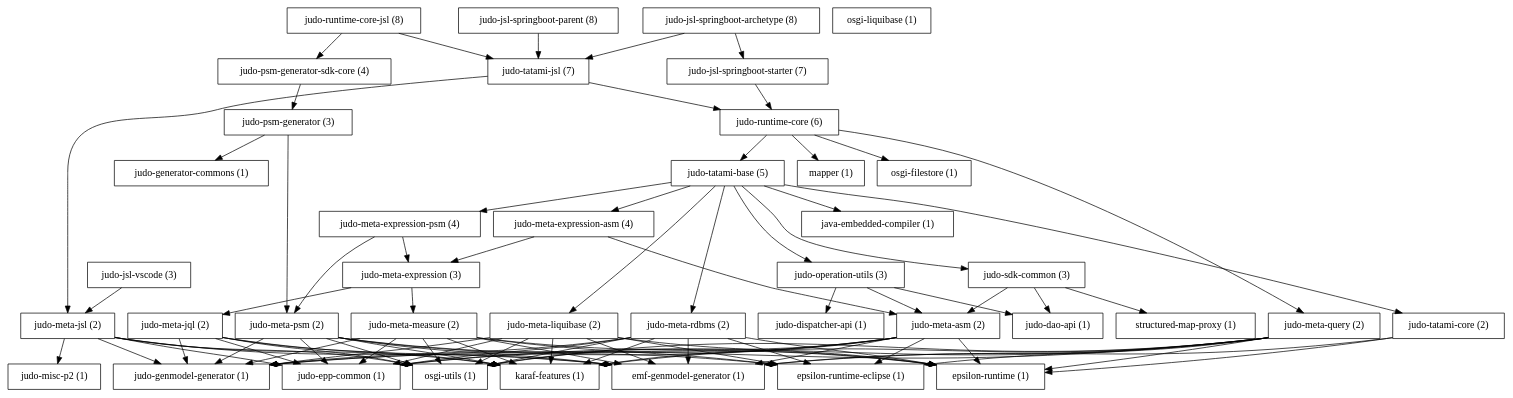
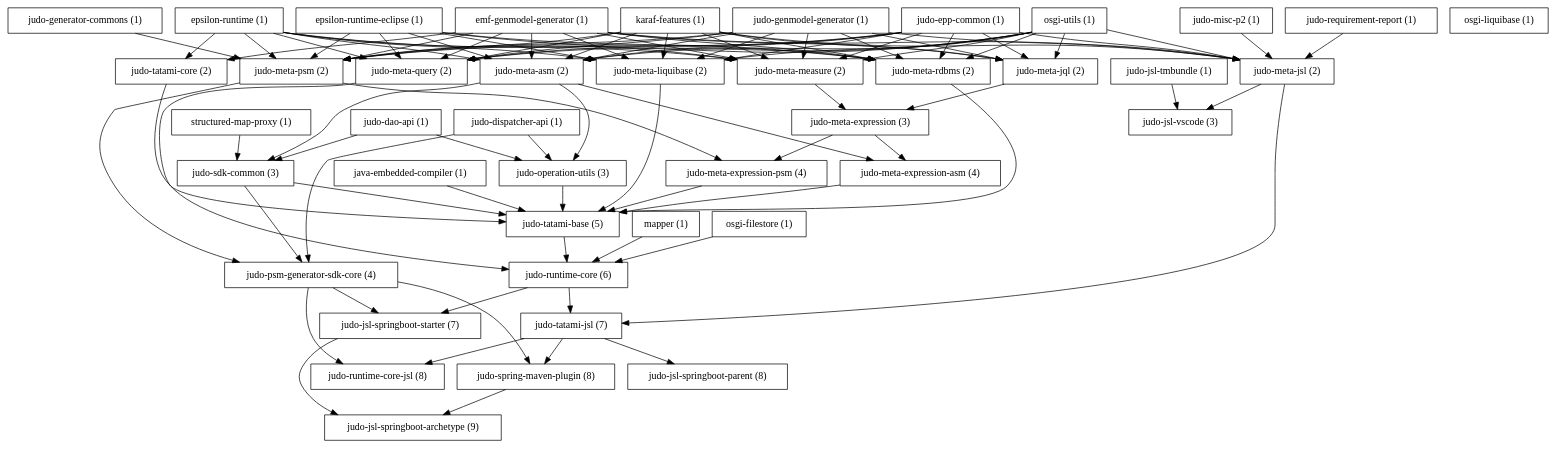
The diagram in dependency.dot (BlackBeltTechnology/judo-community), drawn with Graphviz before and after one commit. The commit also changed 3 other files, not shown here.

```diff
--- a/dependency.dot
+++ b/dependency.dot
@@ -1,133 +1,141 @@
 strict digraph  {
 "epsilon-runtime (1)" [label="epsilon-runtime (1)", shape=box];
 "epsilon-runtime-eclipse (1)" [label="epsilon-runtime-eclipse (1)", shape=box];
 "emf-genmodel-generator (1)" [label="emf-genmodel-generator (1)", shape=box];
 "judo-genmodel-generator (1)" [label="judo-genmodel-generator (1)", shape=box];
 "judo-epp-common (1)" [label="judo-epp-common (1)", shape=box];
 "osgi-utils (1)" [label="osgi-utils (1)", shape=box];
 "java-embedded-compiler (1)" [label="java-embedded-compiler (1)", shape=box];
 "structured-map-proxy (1)" [label="structured-map-proxy (1)", shape=box];
 "karaf-features (1)" [label="karaf-features (1)", shape=box];
 "mapper (1)" [label="mapper (1)", shape=box];
 "osgi-liquibase (1)" [label="osgi-liquibase (1)", shape=box];
 "osgi-filestore (1)" [label="osgi-filestore (1)", shape=box];
 "judo-misc-p2 (1)" [label="judo-misc-p2 (1)", shape=box];
 "judo-dao-api (1)" [label="judo-dao-api (1)", shape=box];
 "judo-dispatcher-api (1)" [label="judo-dispatcher-api (1)", shape=box];
 "judo-jsl-vscode (3)" [label="judo-jsl-vscode (3)", shape=box];
 "judo-meta-asm (2)" [label="judo-meta-asm (2)", shape=box];
 "judo-meta-expression (3)" [label="judo-meta-expression (3)", shape=box];
 "judo-meta-expression-asm (4)" [label="judo-meta-expression-asm (4)", shape=box];
 "judo-meta-expression-psm (4)" [label="judo-meta-expression-psm (4)", shape=box];
 "judo-meta-jql (2)" [label="judo-meta-jql (2)", shape=box];
 "judo-meta-jsl (2)" [label="judo-meta-jsl (2)", shape=box];
 "judo-meta-liquibase (2)" [label="judo-meta-liquibase (2)", shape=box];
 "judo-meta-measure (2)" [label="judo-meta-measure (2)", shape=box];
 "judo-meta-psm (2)" [label="judo-meta-psm (2)", shape=box];
 "judo-meta-query (2)" [label="judo-meta-query (2)", shape=box];
 "judo-meta-rdbms (2)" [label="judo-meta-rdbms (2)", shape=box];
 "judo-operation-utils (3)" [label="judo-operation-utils (3)", shape=box];
 "judo-runtime-core (6)" [label="judo-runtime-core (6)", shape=box];
 "judo-runtime-core-jsl (8)" [label="judo-runtime-core-jsl (8)", shape=box];
 "judo-sdk-common (3)" [label="judo-sdk-common (3)", shape=box];
 "judo-tatami-base (5)" [label="judo-tatami-base (5)", shape=box];
 "judo-tatami-core (2)" [label="judo-tatami-core (2)", shape=box];
 "judo-tatami-jsl (7)" [label="judo-tatami-jsl (7)", shape=box];
 "judo-jsl-springboot-parent (8)" [label="judo-jsl-springboot-parent (8)", shape=box];
 "judo-jsl-springboot-starter (7)" [label="judo-jsl-springboot-starter (7)", shape=box];
-"judo-jsl-springboot-archetype (8)" [label="judo-jsl-springboot-archetype (8)", shape=box];
-"judo-psm-generator (3)" [label="judo-psm-generator (3)", shape=box];
+"judo-jsl-springboot-archetype (9)" [label="judo-jsl-springboot-archetype (9)", shape=box];
 "judo-psm-generator-sdk-core (4)" [label="judo-psm-generator-sdk-core (4)", shape=box];
 "judo-generator-commons (1)" [label="judo-generator-commons (1)", shape=box];
-"judo-jsl-vscode (3)" -> "judo-meta-jsl (2)";
-"judo-meta-asm (2)" -> "emf-genmodel-generator (1)";
-"judo-meta-asm (2)" -> "karaf-features (1)";
-"judo-meta-asm (2)" -> "epsilon-runtime-eclipse (1)";
-"judo-meta-asm (2)" -> "osgi-utils (1)";
-"judo-meta-asm (2)" -> "epsilon-runtime (1)";
-"judo-meta-asm (2)" -> "judo-genmodel-generator (1)";
-"judo-meta-asm (2)" -> "judo-epp-common (1)";
-"judo-meta-expression (3)" -> "judo-meta-jql (2)";
-"judo-meta-expression (3)" -> "judo-meta-measure (2)";
-"judo-meta-expression-asm (4)" -> "judo-meta-asm (2)";
-"judo-meta-expression-asm (4)" -> "judo-meta-expression (3)";
-"judo-meta-expression-psm (4)" -> "judo-meta-psm (2)";
-"judo-meta-expression-psm (4)" -> "judo-meta-expression (3)";
-"judo-meta-jql (2)" -> "emf-genmodel-generator (1)";
-"judo-meta-jql (2)" -> "karaf-features (1)";
-"judo-meta-jql (2)" -> "osgi-utils (1)";
-"judo-meta-jql (2)" -> "judo-genmodel-generator (1)";
-"judo-meta-jql (2)" -> "judo-epp-common (1)";
-"judo-meta-jsl (2)" -> "emf-genmodel-generator (1)";
-"judo-meta-jsl (2)" -> "karaf-features (1)";
-"judo-meta-jsl (2)" -> "osgi-utils (1)";
-"judo-meta-jsl (2)" -> "judo-genmodel-generator (1)";
-"judo-meta-jsl (2)" -> "judo-epp-common (1)";
-"judo-meta-jsl (2)" -> "judo-misc-p2 (1)";
-"judo-meta-liquibase (2)" -> "emf-genmodel-generator (1)";
-"judo-meta-liquibase (2)" -> "karaf-features (1)";
-"judo-meta-liquibase (2)" -> "epsilon-runtime-eclipse (1)";
-"judo-meta-liquibase (2)" -> "osgi-utils (1)";
-"judo-meta-liquibase (2)" -> "epsilon-runtime (1)";
-"judo-meta-liquibase (2)" -> "judo-genmodel-generator (1)";
-"judo-meta-liquibase (2)" -> "judo-epp-common (1)";
-"judo-meta-measure (2)" -> "emf-genmodel-generator (1)";
-"judo-meta-measure (2)" -> "karaf-features (1)";
-"judo-meta-measure (2)" -> "epsilon-runtime-eclipse (1)";
-"judo-meta-measure (2)" -> "osgi-utils (1)";
-"judo-meta-measure (2)" -> "epsilon-runtime (1)";
-"judo-meta-measure (2)" -> "judo-genmodel-generator (1)";
-"judo-meta-measure (2)" -> "judo-epp-common (1)";
-"judo-meta-psm (2)" -> "emf-genmodel-generator (1)";
-"judo-meta-psm (2)" -> "karaf-features (1)";
-"judo-meta-psm (2)" -> "epsilon-runtime-eclipse (1)";
-"judo-meta-psm (2)" -> "osgi-utils (1)";
-"judo-meta-psm (2)" -> "epsilon-runtime (1)";
-"judo-meta-psm (2)" -> "judo-genmodel-generator (1)";
-"judo-meta-psm (2)" -> "judo-epp-common (1)";
-"judo-meta-query (2)" -> "emf-genmodel-generator (1)";
-"judo-meta-query (2)" -> "karaf-features (1)";
-"judo-meta-query (2)" -> "epsilon-runtime-eclipse (1)";
-"judo-meta-query (2)" -> "osgi-utils (1)";
-"judo-meta-query (2)" -> "epsilon-runtime (1)";
-"judo-meta-query (2)" -> "judo-genmodel-generator (1)";
-"judo-meta-query (2)" -> "judo-epp-common (1)";
-"judo-meta-rdbms (2)" -> "emf-genmodel-generator (1)";
-"judo-meta-rdbms (2)" -> "karaf-features (1)";
-"judo-meta-rdbms (2)" -> "epsilon-runtime-eclipse (1)";
-"judo-meta-rdbms (2)" -> "osgi-utils (1)";
-"judo-meta-rdbms (2)" -> "epsilon-runtime (1)";
-"judo-meta-rdbms (2)" -> "judo-genmodel-generator (1)";
-"judo-meta-rdbms (2)" -> "judo-epp-common (1)";
-"judo-operation-utils (3)" -> "judo-meta-asm (2)";
-"judo-operation-utils (3)" -> "judo-dispatcher-api (1)";
-"judo-operation-utils (3)" -> "judo-dao-api (1)";
-"judo-runtime-core (6)" -> "judo-meta-query (2)";
-"judo-runtime-core (6)" -> "judo-tatami-base (5)";
-"judo-runtime-core (6)" -> "mapper (1)";
-"judo-runtime-core (6)" -> "osgi-filestore (1)";
-"judo-runtime-core-jsl (8)" -> "judo-psm-generator-sdk-core (4)";
-"judo-runtime-core-jsl (8)" -> "judo-tatami-jsl (7)";
-"judo-sdk-common (3)" -> "structured-map-proxy (1)";
-"judo-sdk-common (3)" -> "judo-meta-asm (2)";
-"judo-sdk-common (3)" -> "judo-dao-api (1)";
-"judo-tatami-base (5)" -> "judo-meta-expression-asm (4)";
-"judo-tatami-base (5)" -> "judo-meta-expression-psm (4)";
-"judo-tatami-base (5)" -> "judo-meta-liquibase (2)";
-"judo-tatami-base (5)" -> "judo-meta-rdbms (2)";
-"judo-tatami-base (5)" -> "judo-operation-utils (3)";
-"judo-tatami-base (5)" -> "java-embedded-compiler (1)";
-"judo-tatami-base (5)" -> "judo-sdk-common (3)";
-"judo-tatami-base (5)" -> "judo-tatami-core (2)";
-"judo-tatami-core (2)" -> "emf-genmodel-generator (1)";
-"judo-tatami-core (2)" -> "epsilon-runtime (1)";
-"judo-tatami-jsl (7)" -> "judo-meta-jsl (2)";
-"judo-tatami-jsl (7)" -> "judo-runtime-core (6)";
-"judo-jsl-springboot-parent (8)" -> "judo-tatami-jsl (7)";
-"judo-jsl-springboot-starter (7)" -> "judo-runtime-core (6)";
-"judo-jsl-springboot-archetype (8)" -> "judo-tatami-jsl (7)";
-"judo-jsl-springboot-archetype (8)" -> "judo-jsl-springboot-starter (7)";
-"judo-psm-generator (3)" -> "judo-generator-commons (1)";
-"judo-psm-generator (3)" -> "judo-meta-psm (2)";
-"judo-psm-generator-sdk-core (4)" -> "judo-psm-generator (3)";
+"judo-jsl-tmbundle (1)" [label="judo-jsl-tmbundle (1)", shape=box];
+"judo-requirement-report (1)" [label="judo-requirement-report (1)", shape=box];
+"judo-spring-maven-plugin (8)" [label="judo-spring-maven-plugin (8)", shape=box];
+"epsilon-runtime (1)" -> "judo-meta-measure (2)";
+"epsilon-runtime (1)" -> "judo-meta-psm (2)";
+"epsilon-runtime (1)" -> "judo-meta-query (2)";
+"epsilon-runtime (1)" -> "judo-meta-asm (2)";
+"epsilon-runtime (1)" -> "judo-meta-rdbms (2)";
+"epsilon-runtime (1)" -> "judo-meta-liquibase (2)";
+"epsilon-runtime (1)" -> "judo-tatami-core (2)";
+"epsilon-runtime-eclipse (1)" -> "judo-meta-measure (2)";
+"epsilon-runtime-eclipse (1)" -> "judo-meta-psm (2)";
+"epsilon-runtime-eclipse (1)" -> "judo-meta-query (2)";
+"epsilon-runtime-eclipse (1)" -> "judo-meta-asm (2)";
+"epsilon-runtime-eclipse (1)" -> "judo-meta-rdbms (2)";
+"epsilon-runtime-eclipse (1)" -> "judo-meta-liquibase (2)";
+"emf-genmodel-generator (1)" -> "judo-meta-jsl (2)";
+"emf-genmodel-generator (1)" -> "judo-meta-measure (2)";
+"emf-genmodel-generator (1)" -> "judo-meta-psm (2)";
+"emf-genmodel-generator (1)" -> "judo-meta-query (2)";
+"emf-genmodel-generator (1)" -> "judo-meta-asm (2)";
+"emf-genmodel-generator (1)" -> "judo-meta-rdbms (2)";
+"emf-genmodel-generator (1)" -> "judo-meta-jql (2)";
+"emf-genmodel-generator (1)" -> "judo-meta-liquibase (2)";
+"emf-genmodel-generator (1)" -> "judo-tatami-core (2)";
+"judo-genmodel-generator (1)" -> "judo-meta-jsl (2)";
+"judo-genmodel-generator (1)" -> "judo-meta-measure (2)";
+"judo-genmodel-generator (1)" -> "judo-meta-psm (2)";
+"judo-genmodel-generator (1)" -> "judo-meta-query (2)";
+"judo-genmodel-generator (1)" -> "judo-meta-asm (2)";
+"judo-genmodel-generator (1)" -> "judo-meta-rdbms (2)";
+"judo-genmodel-generator (1)" -> "judo-meta-jql (2)";
+"judo-genmodel-generator (1)" -> "judo-meta-liquibase (2)";
+"judo-epp-common (1)" -> "judo-meta-jsl (2)";
+"judo-epp-common (1)" -> "judo-meta-measure (2)";
+"judo-epp-common (1)" -> "judo-meta-psm (2)";
+"judo-epp-common (1)" -> "judo-meta-query (2)";
+"judo-epp-common (1)" -> "judo-meta-asm (2)";
+"judo-epp-common (1)" -> "judo-meta-rdbms (2)";
+"judo-epp-common (1)" -> "judo-meta-jql (2)";
+"judo-epp-common (1)" -> "judo-meta-liquibase (2)";
+"osgi-utils (1)" -> "judo-meta-jsl (2)";
+"osgi-utils (1)" -> "judo-meta-measure (2)";
+"osgi-utils (1)" -> "judo-meta-psm (2)";
+"osgi-utils (1)" -> "judo-meta-query (2)";
+"osgi-utils (1)" -> "judo-meta-asm (2)";
+"osgi-utils (1)" -> "judo-meta-rdbms (2)";
+"osgi-utils (1)" -> "judo-meta-jql (2)";
+"osgi-utils (1)" -> "judo-meta-liquibase (2)";
+"java-embedded-compiler (1)" -> "judo-tatami-base (5)";
+"structured-map-proxy (1)" -> "judo-sdk-common (3)";
+"karaf-features (1)" -> "judo-meta-jsl (2)";
+"karaf-features (1)" -> "judo-meta-measure (2)";
+"karaf-features (1)" -> "judo-meta-psm (2)";
+"karaf-features (1)" -> "judo-meta-query (2)";
+"karaf-features (1)" -> "judo-meta-asm (2)";
+"karaf-features (1)" -> "judo-meta-rdbms (2)";
+"karaf-features (1)" -> "judo-meta-jql (2)";
+"karaf-features (1)" -> "judo-meta-liquibase (2)";
+"mapper (1)" -> "judo-runtime-core (6)";
+"osgi-filestore (1)" -> "judo-runtime-core (6)";
+"judo-misc-p2 (1)" -> "judo-meta-jsl (2)";
+"judo-dao-api (1)" -> "judo-sdk-common (3)";
+"judo-dao-api (1)" -> "judo-operation-utils (3)";
+"judo-dispatcher-api (1)" -> "judo-operation-utils (3)";
+"judo-dispatcher-api (1)" -> "judo-psm-generator-sdk-core (4)";
+"judo-meta-asm (2)" -> "judo-meta-expression-asm (4)";
+"judo-meta-asm (2)" -> "judo-sdk-common (3)";
+"judo-meta-asm (2)" -> "judo-operation-utils (3)";
+"judo-meta-expression (3)" -> "judo-meta-expression-asm (4)";
+"judo-meta-expression (3)" -> "judo-meta-expression-psm (4)";
+"judo-meta-expression-asm (4)" -> "judo-tatami-base (5)";
+"judo-meta-expression-psm (4)" -> "judo-tatami-base (5)";
+"judo-meta-jql (2)" -> "judo-meta-expression (3)";
+"judo-meta-jsl (2)" -> "judo-jsl-vscode (3)";
+"judo-meta-jsl (2)" -> "judo-tatami-jsl (7)";
+"judo-meta-liquibase (2)" -> "judo-tatami-base (5)";
+"judo-meta-measure (2)" -> "judo-meta-expression (3)";
+"judo-meta-psm (2)" -> "judo-meta-expression-psm (4)";
+"judo-meta-psm (2)" -> "judo-psm-generator-sdk-core (4)";
+"judo-meta-query (2)" -> "judo-runtime-core (6)";
+"judo-meta-rdbms (2)" -> "judo-tatami-base (5)";
+"judo-operation-utils (3)" -> "judo-tatami-base (5)";
+"judo-runtime-core (6)" -> "judo-jsl-springboot-starter (7)";
+"judo-runtime-core (6)" -> "judo-tatami-jsl (7)";
+"judo-sdk-common (3)" -> "judo-psm-generator-sdk-core (4)";
+"judo-sdk-common (3)" -> "judo-tatami-base (5)";
+"judo-tatami-base (5)" -> "judo-runtime-core (6)";
+"judo-tatami-core (2)" -> "judo-tatami-base (5)";
+"judo-tatami-jsl (7)" -> "judo-runtime-core-jsl (8)";
+"judo-tatami-jsl (7)" -> "judo-jsl-springboot-parent (8)";
+"judo-tatami-jsl (7)" -> "judo-spring-maven-plugin (8)";
+"judo-jsl-springboot-starter (7)" -> "judo-jsl-springboot-archetype (9)";
+"judo-psm-generator-sdk-core (4)" -> "judo-jsl-springboot-starter (7)";
+"judo-psm-generator-sdk-core (4)" -> "judo-runtime-core-jsl (8)";
+"judo-psm-generator-sdk-core (4)" -> "judo-spring-maven-plugin (8)";
+"judo-generator-commons (1)" -> "judo-meta-psm (2)";
+"judo-jsl-tmbundle (1)" -> "judo-jsl-vscode (3)";
+"judo-requirement-report (1)" -> "judo-meta-jsl (2)";
+"judo-spring-maven-plugin (8)" -> "judo-jsl-springboot-archetype (9)";
 }
```
